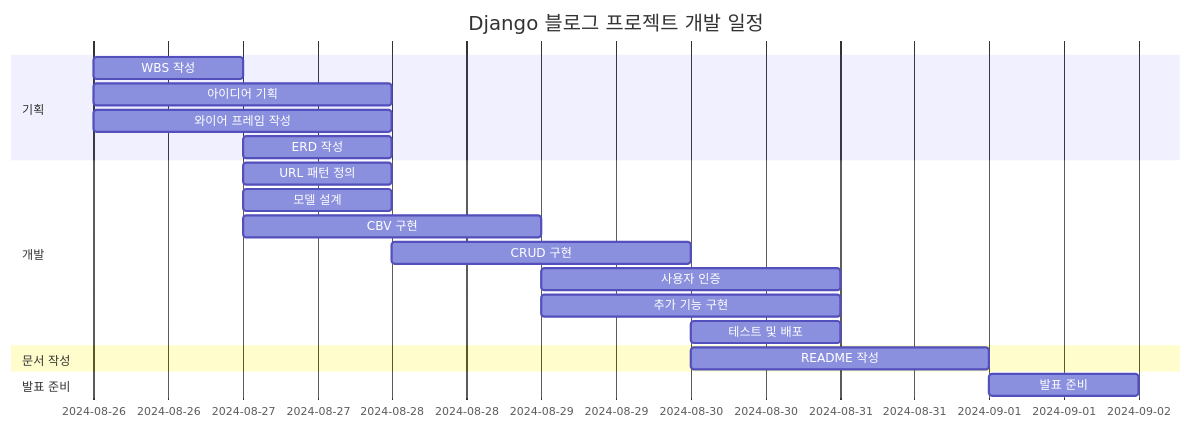
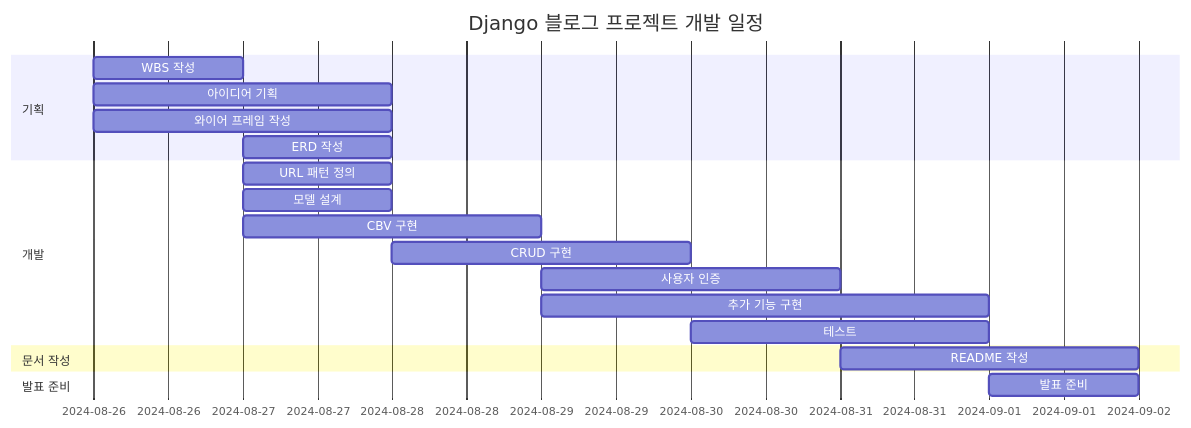
The diagram in README.md (lwj0712/DjangoBlog), drawn with Mermaid before and after one commit. The commit also changed other lines of this file, not shown here.

````diff
--- a/README.md
+++ b/README.md
@@ -73,26 +73,26 @@
 ```mermaid
 gantt
     title Django 블로그 프로젝트 개발 일정
     dateFormat  YYYY-MM-DD
 
     section 기획
     WBS 작성 :2024-08-26, 1d
     아이디어 기획 :2024-08-26, 2d
     와이어 프레임 작성 :2024-08-26, 2d
     ERD 작성 :2024-08-27, 1d
 
     section 개발
     URL 패턴 정의 :2024-08-27, 1d
     모델 설계 :2024-08-27, 1d
     CBV 구현 :2024-08-27, 2d
     CRUD 구현 :2024-08-28, 2d
     사용자 인증 :2024-08-29, 2d
-    추가 기능 구현 :2024-08-29, 2d
-    테스트 및 배포:2024-08-30, 1d
+    추가 기능 구현 :2024-08-29, 3d
+    테스트 :2024-08-30, 2d
 
     section 문서 작성
-    README 작성 :2024-08-30, 2d
+    README 작성 :2024-08-31, 2d
 
     section 발표 준비
     발표 준비 :2024-09-01, 1d
 ```
````
